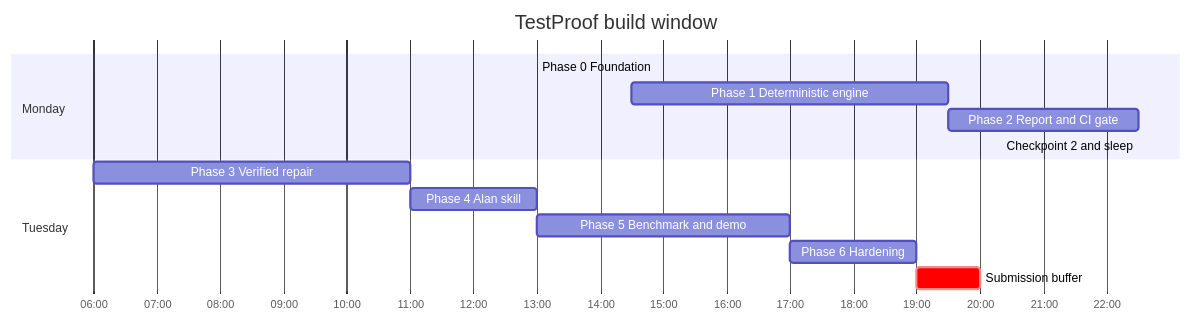
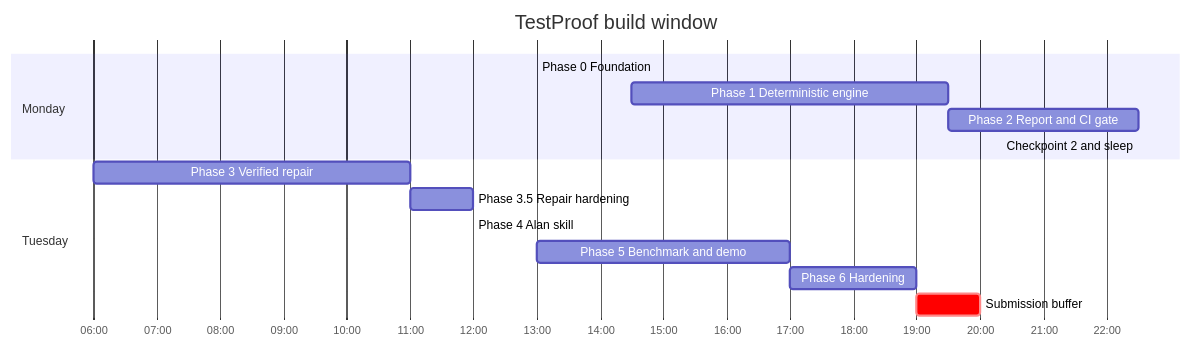
Before and after one commit to tsvlgd/testproof: the diagram in docs/BUILD_PLAN.md, drawn with Mermaid. The commit also changed other lines of this file and 24 other files, not shown here.

````diff
--- a/docs/BUILD_PLAN.md
+++ b/docs/BUILD_PLAN.md
@@ -19,17 +20,18 @@
 ```mermaid
 gantt
     title TestProof build window
     dateFormat HH:mm
     axisFormat %H:%M
     section Monday
     Phase 0 Foundation           :p0, 13:00, 1h30m
     Phase 1 Deterministic engine :p1, 14:30, 5h
     Phase 2 Report and CI gate   :p2, 19:30, 3h
     Checkpoint 2 and sleep       :crit, 22:30, 7h30m
     section Tuesday
     Phase 3 Verified repair      :p3, 06:00, 5h
-    Phase 4 Alan skill           :p4, 11:00, 2h
+    Phase 3.5 Repair hardening   :p35, 11:00, 1h
+    Phase 4 Alan skill           :p4, 12:00, 1h30m
     Phase 5 Benchmark and demo   :p5, 13:00, 4h
     Phase 6 Hardening            :p6, 17:00, 2h
     Submission buffer            :crit, 19:00, 1h
 ```
````
